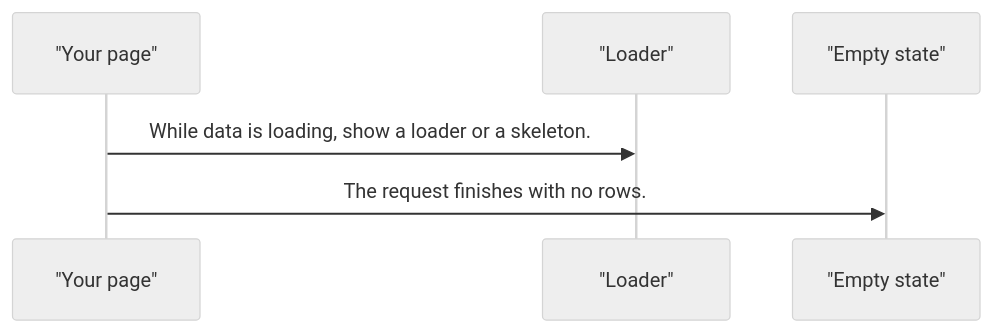
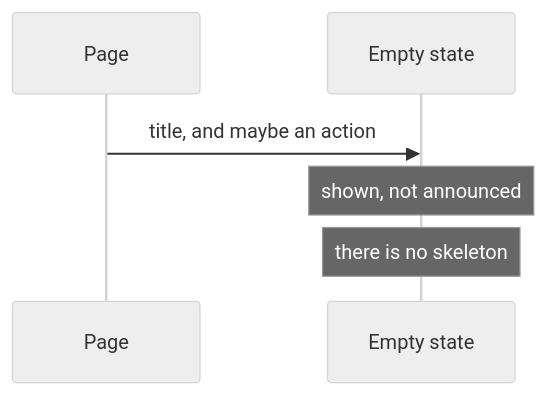
Before and after one commit to RajshekharBorate/pixel-ui: the second of 4 diagrams in projects/pixel-ui/src/lib/pixel-empty-state/DESIGN.md, drawn with Mermaid (neutral theme). The commit also changed other lines of this file and 73 other files, not shown here.

Commit message:
Explain who owns each value and what each flow does in every component and service design.

````diff
--- a/projects/pixel-ui/src/lib/pixel-empty-state/DESIGN.md
+++ b/projects/pixel-ui/src/lib/pixel-empty-state/DESIGN.md
@@ -53,8 +66,8 @@
 ```mermaid
 sequenceDiagram
-  participant page as "Your page"
-  participant loader as "Loader"
-  participant empty as "Empty state"
-  page->>loader: While data is loading, show a loader or a skeleton.
-  page->>empty: The request finishes with no rows.
+  participant Page
+  participant Empty as Empty state
+  Page->>Empty: title, and maybe an action
+  Note over Empty: shown, not announced
+  Note over Empty: there is no skeleton
 ```
````
